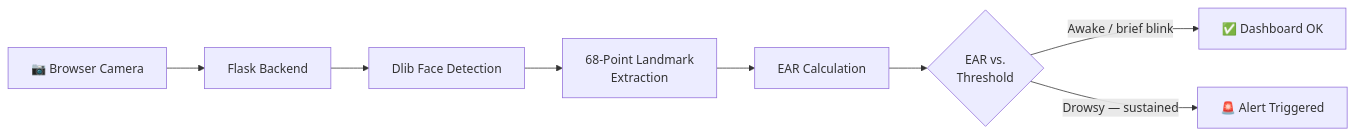
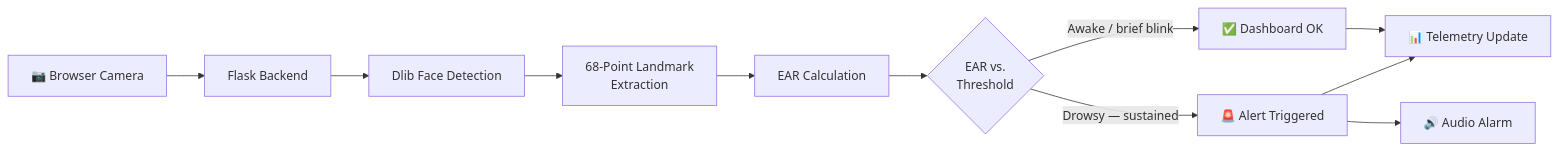
One commit to yashrajagawane/driver-drowsiness-detection-system changed the diagram in README.md. Above: the diagram before and after it, drawn with Mermaid. The commit also changed other lines of this file, not shown here.

````diff
--- a/README.md
+++ b/README.md
@@ -113,10 +142,13 @@
 ```mermaid
 flowchart LR
     A[📷 Browser Camera] --> B[Flask Backend]
     B --> C[Dlib Face Detection]
     C --> D[68-Point Landmark<br/>Extraction]
     D --> E[EAR Calculation]
     E --> F{EAR vs.<br/>Threshold}
     F -->|Awake / brief blink| G[✅ Dashboard OK]
     F -->|Drowsy — sustained| H[🚨 Alert Triggered]
+    H --> I[🔊 Audio Alarm]
+    G --> J[📊 Telemetry Update]
+    H --> J
 ```
````
